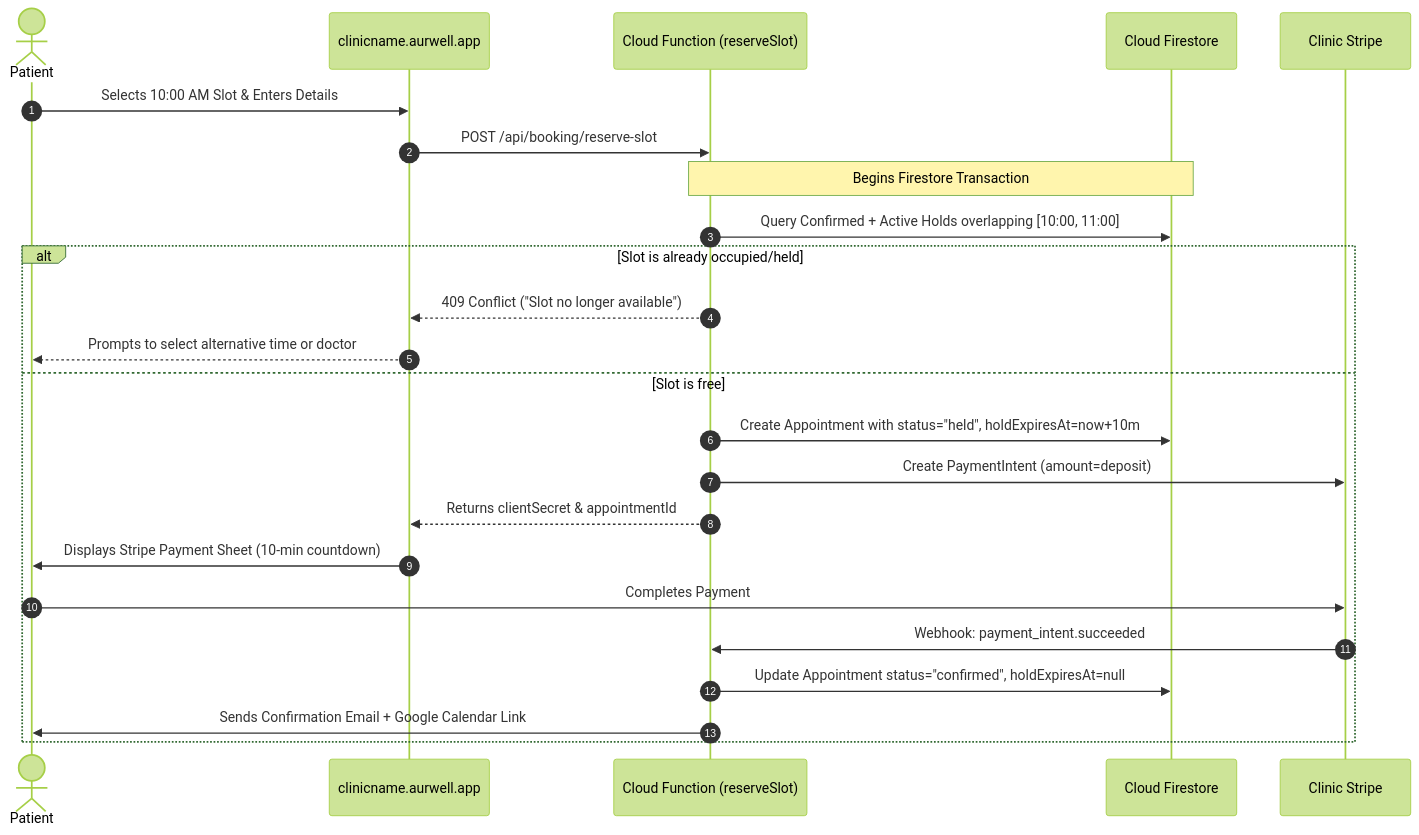
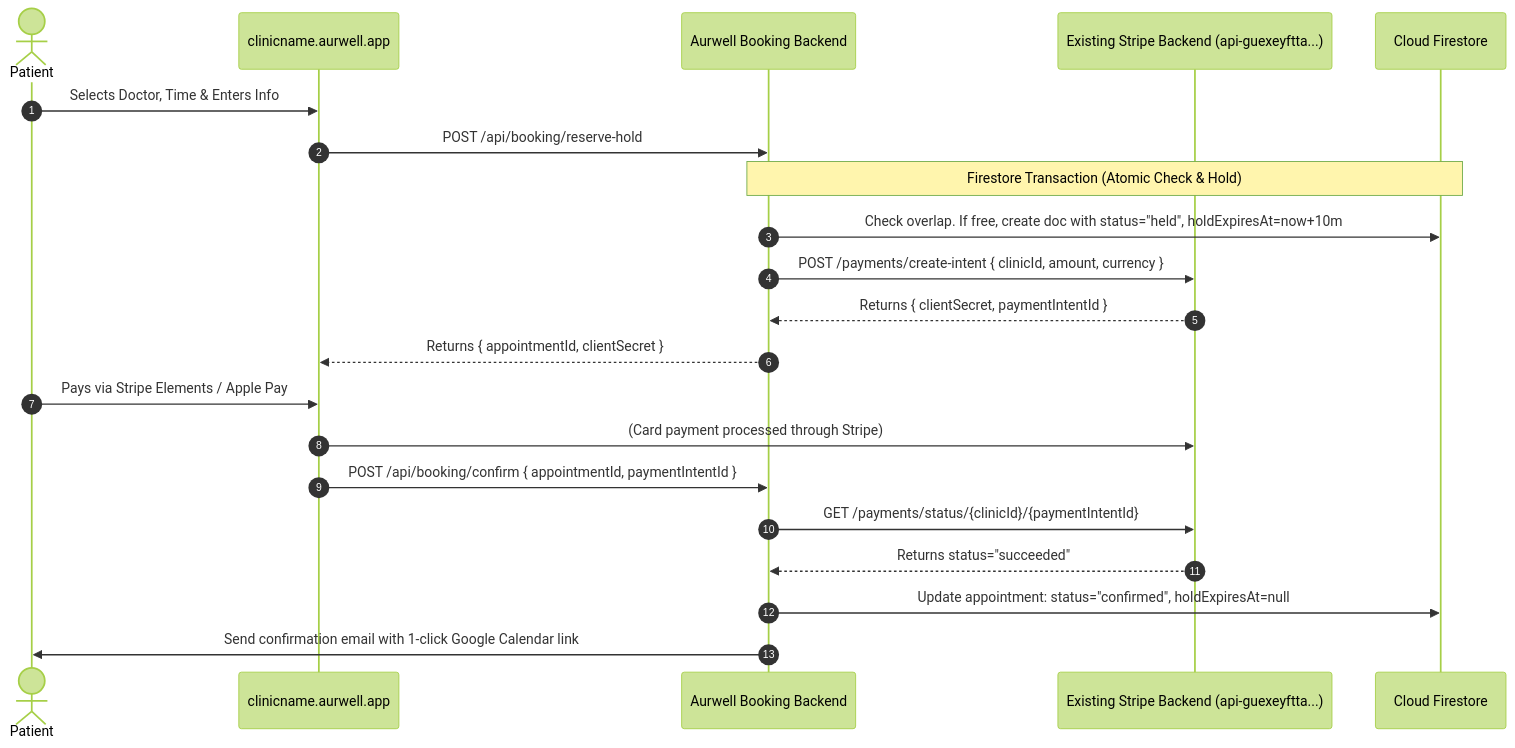
One commit to Arifcy7/cc-project-backend changed the diagram in README.md. Above: the diagram before and after it, drawn with Mermaid (forest theme). The commit also changed other lines of this file, not shown here.

````diff
--- a/README.md
+++ b/README.md
@@ -343,27 +358,25 @@
 ```mermaid
 sequenceDiagram
     autonumber
     actor Patient
-    participant Browser as clinicname.aurwell.app
-    participant CloudFn as Cloud Function (reserveSlot)
+    participant Web as clinicname.aurwell.app
+    participant BookingAPI as Aurwell Booking Backend
+    participant StripeBackend as Existing Stripe Backend (api-guexeyftta...)
     participant DB as Cloud Firestore
-    participant Stripe as Clinic Stripe
 
-    Patient->>Browser: Selects 10:00 AM Slot & Enters Details
-    Browser->>CloudFn: POST /api/booking/reserve-slot
-    Note over CloudFn,DB: Begins Firestore Transaction
-    CloudFn->>DB: Query Confirmed + Active Holds overlapping [10:00, 11:00]
-    alt Slot is already occupied/held
-        CloudFn-->>Browser: 409 Conflict ("Slot no longer available")
-        Browser-->>Patient: Prompts to select alternative time or doctor
-    else Slot is free
-        CloudFn->>DB: Create Appointment with status="held", holdExpiresAt=now+10m
-        CloudFn->>Stripe: Create PaymentIntent (amount=deposit)
-        CloudFn-->>Browser: Returns clientSecret & appointmentId
-        Browser->>Patient: Displays Stripe Payment Sheet (10-min countdown)
-        Patient->>Stripe: Completes Payment
-        Stripe->>CloudFn: Webhook: payment_intent.succeeded
-        CloudFn->>DB: Update Appointment status="confirmed", holdExpiresAt=null
-        CloudFn->>Patient: Sends Confirmation Email + Google Calendar Link
-    end
+    Patient->>Web: Selects Doctor, Time & Enters Info
+    Web->>BookingAPI: POST /api/booking/reserve-hold
+    Note over BookingAPI,DB: Firestore Transaction (Atomic Check & Hold)
+    BookingAPI->>DB: Check overlap. If free, create doc with status="held", holdExpiresAt=now+10m
+    BookingAPI->>StripeBackend: POST /payments/create-intent { clinicId, amount, currency }
+    StripeBackend-->>BookingAPI: Returns { clientSecret, paymentIntentId }
+    BookingAPI-->>Web: Returns { appointmentId, clientSecret }
+    
+    Patient->>Web: Pays via Stripe Elements / Apple Pay
+    Web->>StripeBackend: (Card payment processed through Stripe)
+    Web->>BookingAPI: POST /api/booking/confirm { appointmentId, paymentIntentId }
+    BookingAPI->>StripeBackend: GET /payments/status/{clinicId}/{paymentIntentId}
+    StripeBackend-->>BookingAPI: Returns status="succeeded"
+    BookingAPI->>DB: Update appointment: status="confirmed", holdExpiresAt=null
+    BookingAPI->>Patient: Send confirmation email with 1-click Google Calendar link
 ```
````
